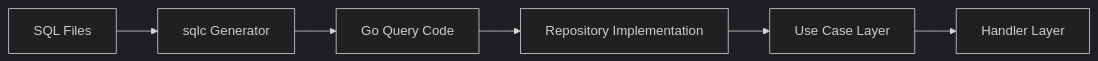
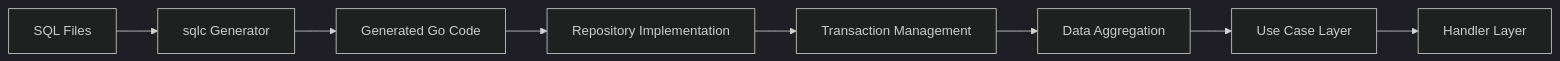
One commit to zercle/gofiber-skeleton changed the third of 8 diagrams in .agents/rules/memory-bank/architecture.md. Above: the diagram before and after it, drawn with Mermaid (dark theme). The commit also changed other lines of this file and 3 other files, not shown here.

First line of the commit message:
feat(architecture): implement sqlc data access layer with transaction management

````diff
--- a/.agents/rules/memory-bank/architecture.md
+++ b/.agents/rules/memory-bank/architecture.md
@@ -138,8 +141,10 @@
 ```mermaid
 graph LR
     A[SQL Files] --> B[sqlc Generator]
-    B --> C[Go Query Code]
+    B --> C[Generated Go Code]
     C --> D[Repository Implementation]
-    D --> E[Use Case Layer]
-    E --> F[Handler Layer]
+    D --> E[Transaction Management]
+    E --> F[Data Aggregation]
+    F --> G[Use Case Layer]
+    G --> H[Handler Layer]
 ```
````
